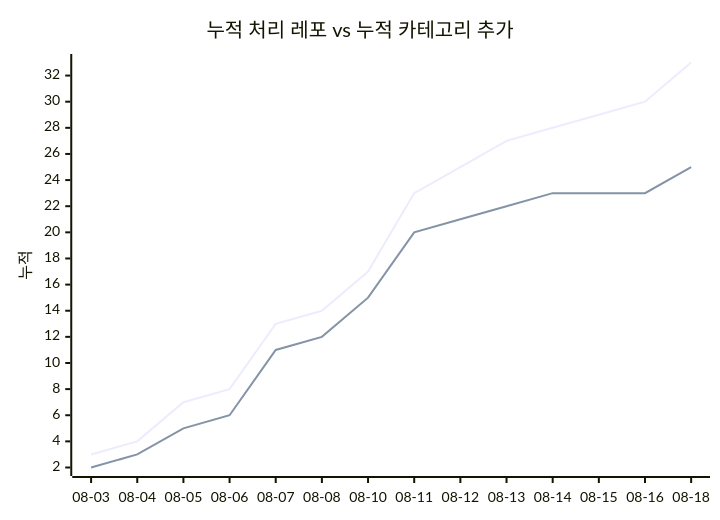
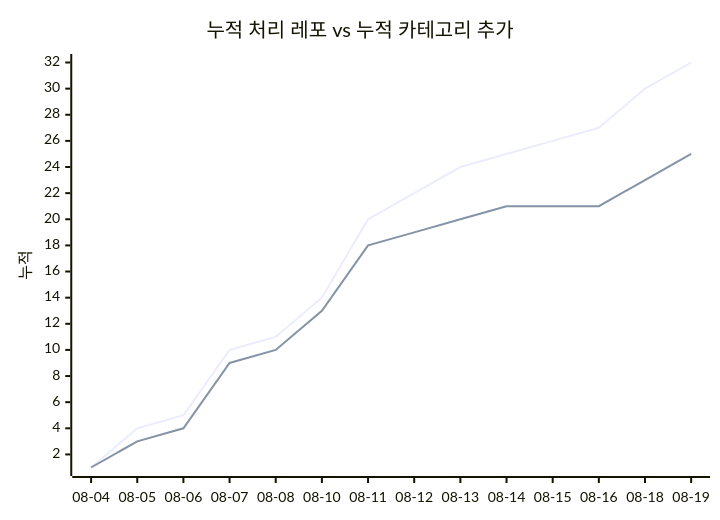
The second of 2 diagrams in docs/trends.md (J-nowcow/awesome-korean-agent-skills), drawn with Mermaid before and after one commit. The commit also changed other lines of this file and 5 other files, not shown here.

````diff
--- a/docs/trends.md
+++ b/docs/trends.md
@@ -68,8 +68,8 @@
 ```mermaid
 xychart-beta
     title "누적 처리 레포 vs 누적 카테고리 추가"
-    x-axis ["08-03","08-04","08-05","08-06","08-07","08-08","08-10","08-11","08-12","08-13","08-14","08-15","08-16","08-18"]
+    x-axis ["08-04","08-05","08-06","08-07","08-08","08-10","08-11","08-12","08-13","08-14","08-15","08-16","08-18","08-19"]
     y-axis "누적"
-    line [3,4,7,8,13,14,17,23,25,27,28,29,30,33]
-    line [2,3,5,6,11,12,15,20,21,22,23,23,23,25]
+    line [1,4,5,10,11,14,20,22,24,25,26,27,30,32]
+    line [1,3,4,9,10,13,18,19,20,21,21,21,23,25]
 ```
````
